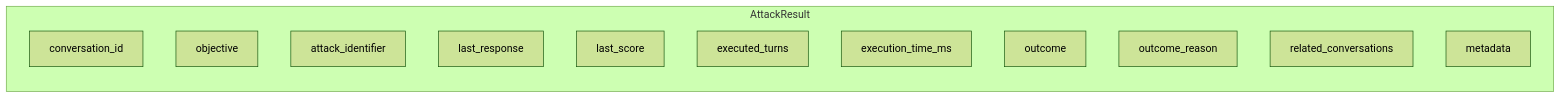
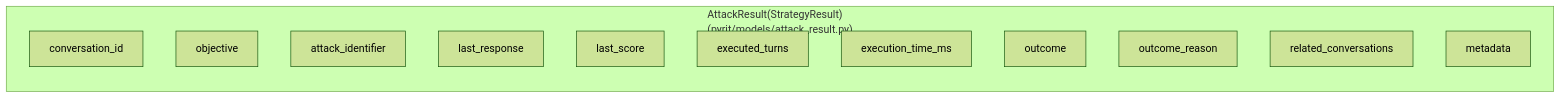
One commit to Azure/PyRIT changed the fifth of 5 diagrams in doc/code/executor/attack/0_attack.md. Above: the diagram before and after it, drawn with Mermaid (forest theme). The commit also changed other lines of this file and 4 other files, not shown here.

````diff
--- a/doc/code/executor/attack/0_attack.md
+++ b/doc/code/executor/attack/0_attack.md
@@ -102,16 +115,16 @@
 ```{mermaid}
 flowchart LR
-    subgraph AttackResult["AttackResult"]
+    subgraph AttackResult["AttackResult(StrategyResult) <br>(pyrit/models/attack_result.py)"]
         a["conversation_id"]
         b["objective"]
         c["attack_identifier"]
         d["last_response"]
         e["last_score"]
         f["executed_turns"]
         g["execution_time_ms"]
         h["outcome"]
         i["outcome_reason"]
         j["related_conversations"]
         k["metadata"]
     end
 ```
````
